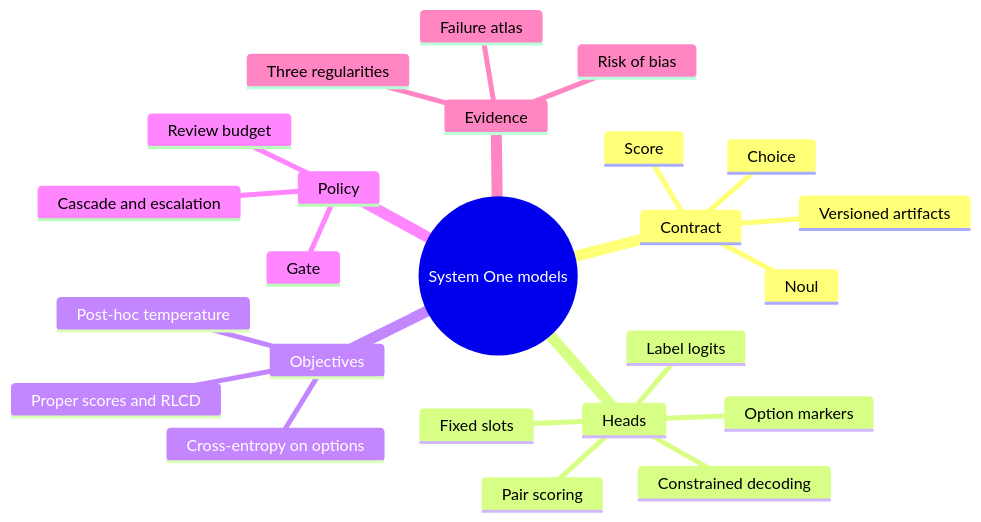
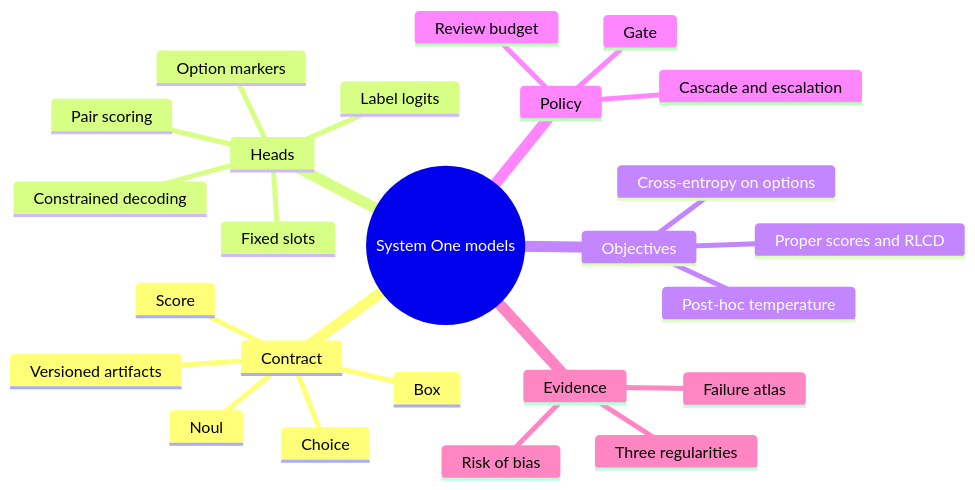
One commit to pozapas/awesome-system-one-models changed the second of 2 diagrams in README.md. Above: the diagram before and after it, drawn with Mermaid. The commit also changed other lines of this file and 4 other files, not shown here.

First line of the commit message:
Update figures and diagrams to the v1.2 cutoff

````diff
--- a/README.md
+++ b/README.md
@@ -117,27 +117,28 @@
 ```mermaid
 mindmap
   root((System One models))
     Contract
       Choice
       Score
       Noul
+      Box
       Versioned artifacts
     Heads
       Fixed slots
       Option markers
       Label logits
       Pair scoring
       Constrained decoding
     Objectives
       Cross-entropy on options
       Proper scores and RLCD
       Post-hoc temperature
     Policy
       Gate
       Cascade and escalation
       Review budget
     Evidence
       Risk of bias
       Three regularities
       Failure atlas
 ```
````
